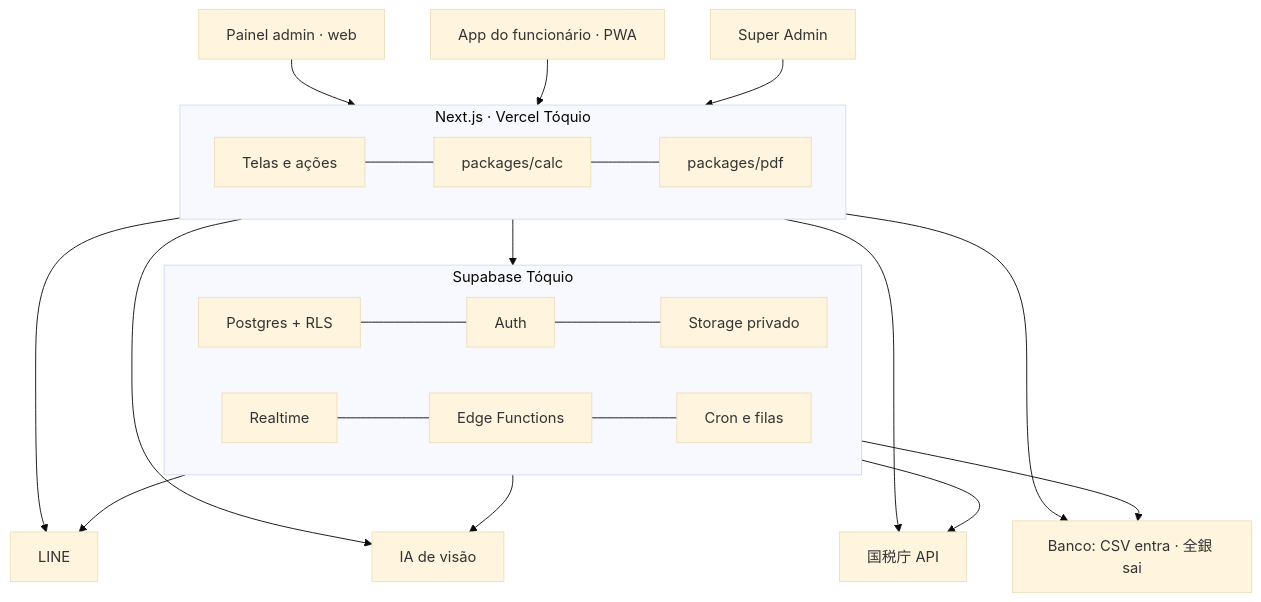
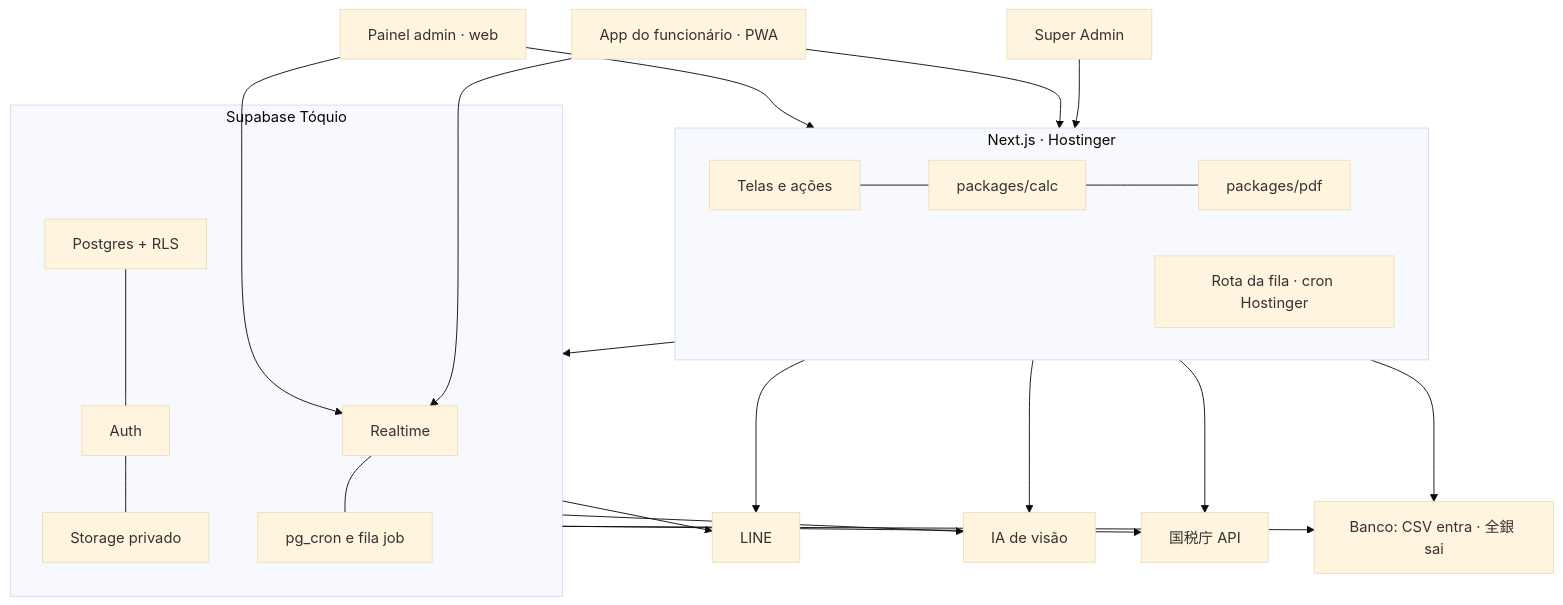
The diagram in docs/00-ancora.md (MksMike/neo-system), drawn with Mermaid (base theme) before and after one commit. The commit also changed other lines of this file and 23 other files, not shown here.

````diff
--- a/docs/00-ancora.md
+++ b/docs/00-ancora.md
@@ -135,15 +135,17 @@
 ```mermaid
 flowchart TB
   A[Painel admin · web] --> N
   B[App do funcionário · PWA] --> N
   C[Super Admin] --> N
-  subgraph N[Next.js · Vercel Tóquio]
+  subgraph N[Next.js · Hostinger]
     N1[Telas e ações] --- N2[packages/calc] --- N3[packages/pdf]
+    N4[Rota da fila · cron Hostinger]
   end
   N --> S
+  A & B --> S4
   subgraph S[Supabase Tóquio]
     S1[Postgres + RLS] --- S2[Auth] --- S3[Storage privado]
-    S4[Realtime] --- S5[Edge Functions] --- S6[Cron e filas]
+    S4[Realtime] --- S6[pg_cron e fila job]
   end
   N & S --> E1[LINE] & E2[IA de visão] & E3[国税庁 API] & E4[Banco: CSV entra · 全銀 sai]
 ```
````
